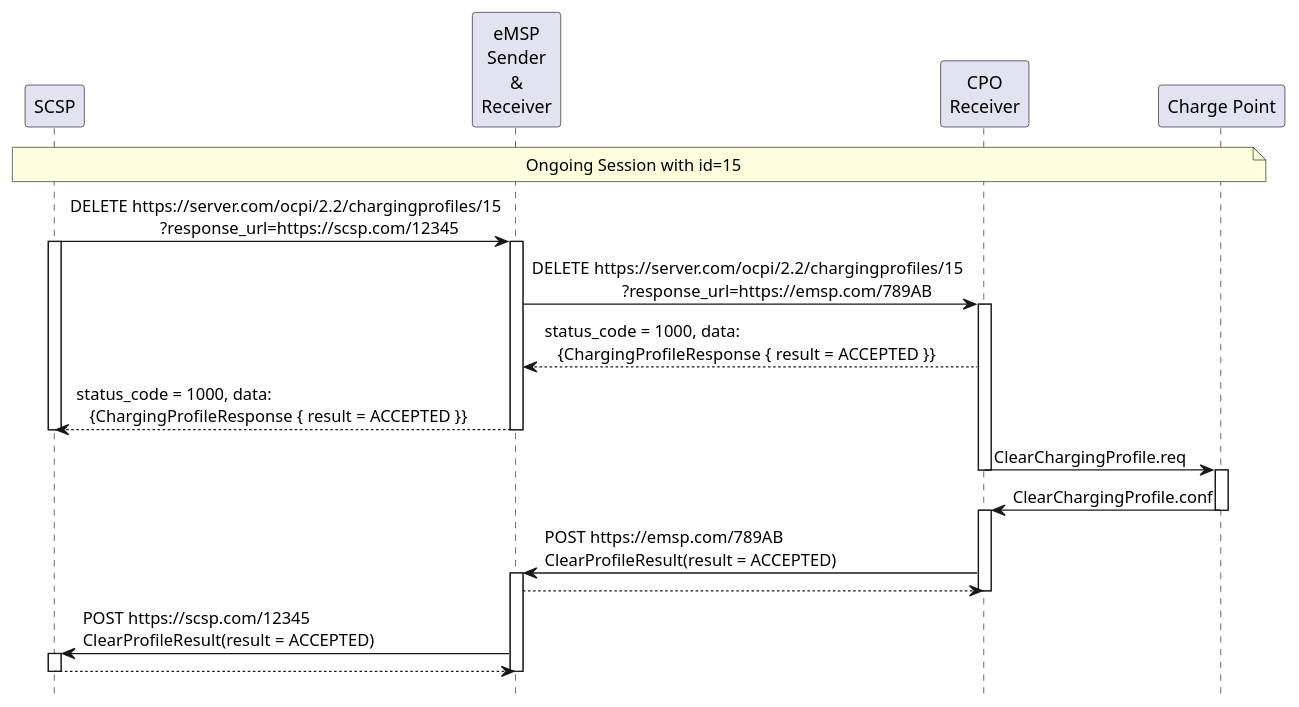
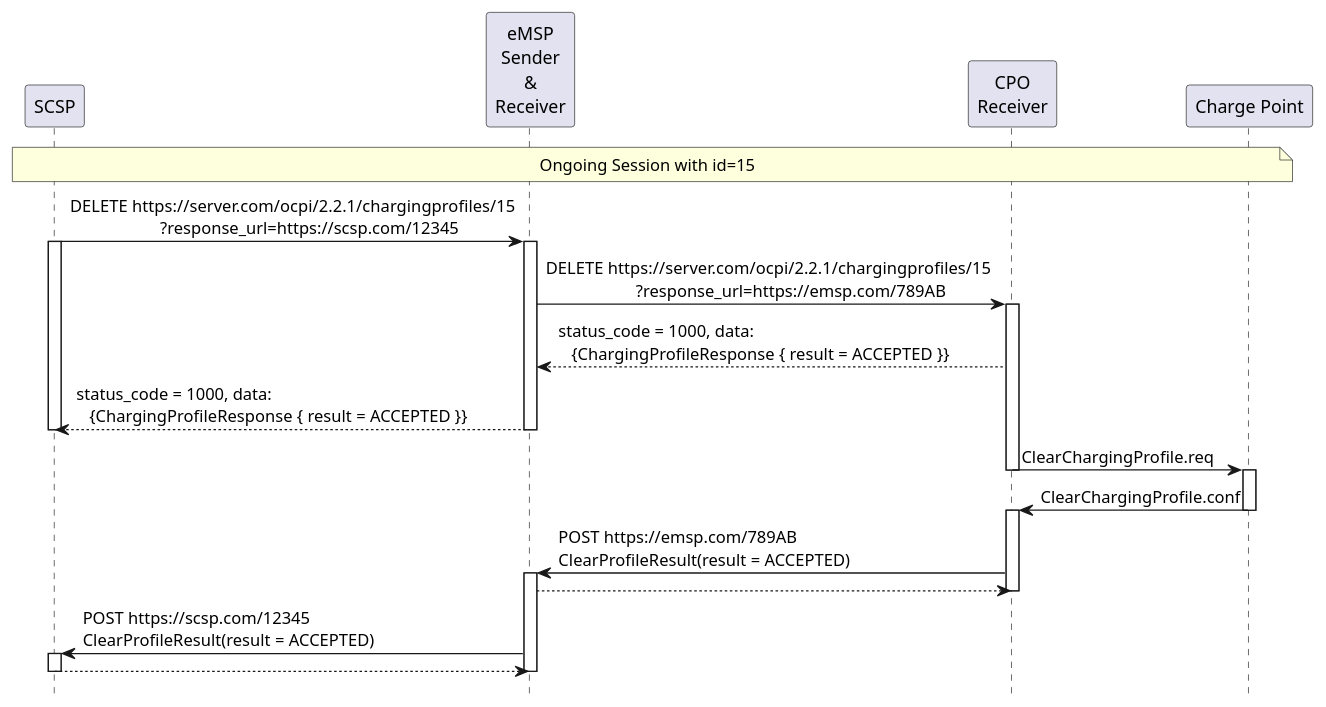
Before and after one commit to ocpi/ocpi: the diagram in plantuml/sd_charging_profile_clear_via_msp.plantuml, drawn with PlantUML. The commit also changed 13 other files, not shown here.

```diff
--- a/plantuml/sd_charging_profile_clear_via_msp.plantuml
+++ b/plantuml/sd_charging_profile_clear_via_msp.plantuml
@@ -1,37 +1,37 @@
 @startuml
 hide footbox
 
 participant "SCSP" as SCSP
 participant "eMSP\nSender\n&\nReceiver" as eMSP
 participant "CPO\nReceiver" as CPO
 participant "Charge Point" as CP
 
 NOTE over SCSP, CP: Ongoing Session with id=15
 
-SCSP -> eMSP: DELETE https:~//server.com/ocpi/2.2/chargingprofiles/15\n                     ?response_url=https:~//scsp.com/12345
+SCSP -> eMSP: DELETE https:~//server.com/ocpi/2.2.1/chargingprofiles/15\n                     ?response_url=https:~//scsp.com/12345
 activate SCSP
 activate eMSP
-eMSP -> CPO: DELETE https:~//server.com/ocpi/2.2/chargingprofiles/15\n                     ?response_url=https:~//emsp.com/789AB
+eMSP -> CPO: DELETE https:~//server.com/ocpi/2.2.1/chargingprofiles/15\n                     ?response_url=https:~//emsp.com/789AB
 activate CPO
 CPO  --> eMSP: status_code = 1000, data: \n   {ChargingProfileResponse { result = ACCEPTED }}
 eMSP  --> SCSP: status_code = 1000, data: \n   {ChargingProfileResponse { result = ACCEPTED }}
 deactivate eMSP
 deactivate SCSP
 
 CPO  ->  CP:   ClearChargingProfile.req
 deactivate CPO
 activate CP
 CP   ->  CPO:  ClearChargingProfile.conf
 deactivate CP
 activate CPO
 CPO  ->  eMSP: POST https:~//emsp.com/789AB\nClearProfileResult(result = ACCEPTED)
 activate eMSP
 eMSP --> CPO:
 deactivate CPO
 eMSP  ->  SCSP: POST https:~//scsp.com/12345\nClearProfileResult(result = ACCEPTED)
 activate SCSP
 SCSP --> eMSP:
 deactivate SCSP
 deactivate eMSP
 
 @enduml
```
